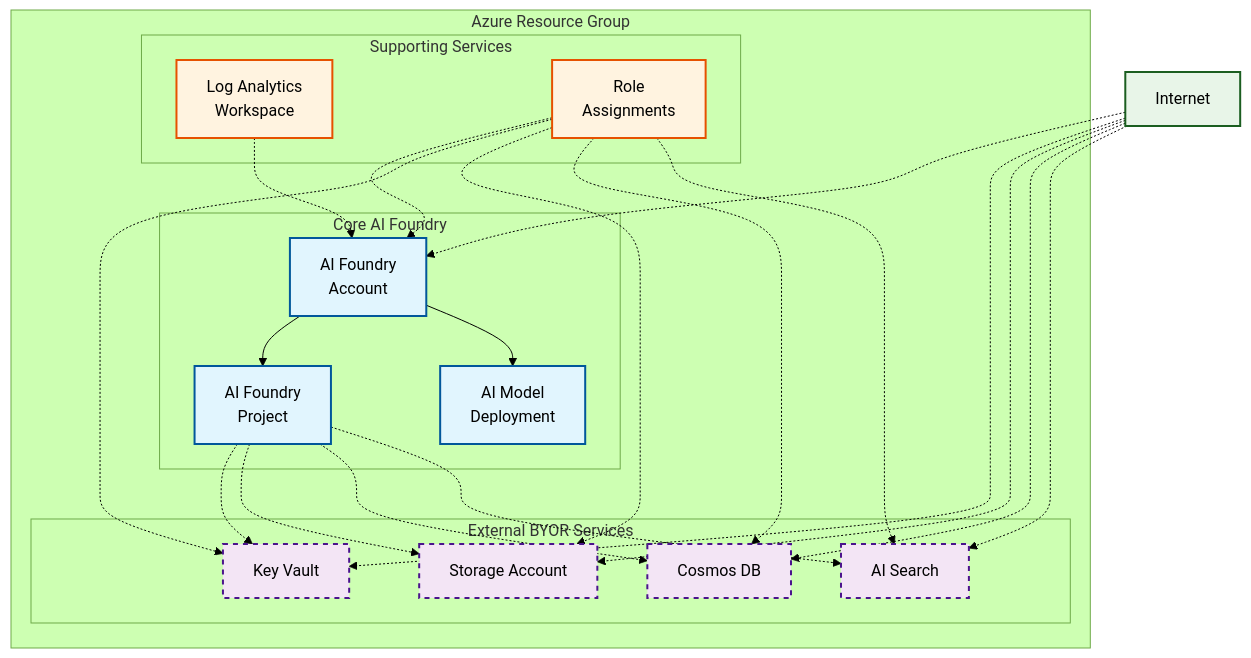
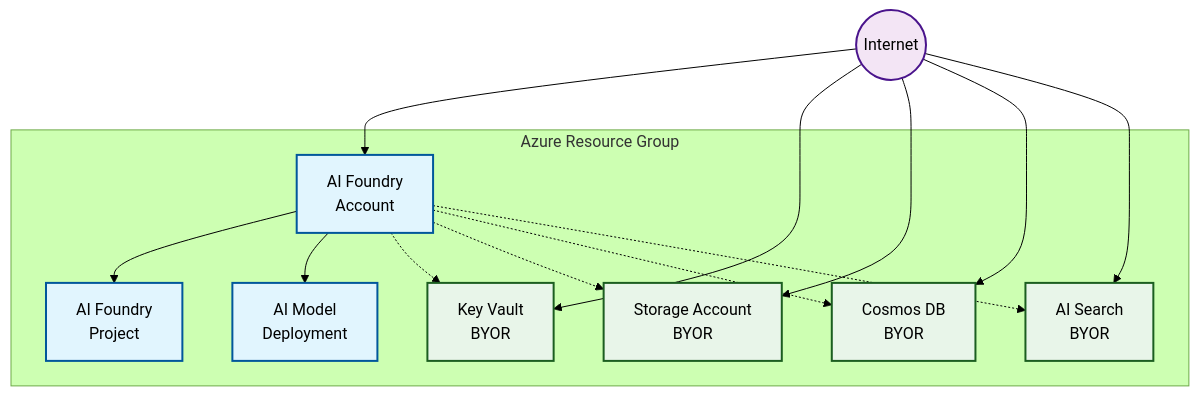
Before and after one commit to Azure/terraform-azurerm-avm-ptn-aiml-ai-foundry: the diagram in examples/public-byor/README.md, drawn with Mermaid (forest theme). The commit also changed other lines of this file and 27 other files, not shown here.

````diff
--- a/examples/public-byor/README.md
+++ b/examples/public-byor/README.md
@@ -11,55 +11,32 @@
 ```mermaid
 graph TB
     subgraph "Azure Resource Group"
-        subgraph "Core AI Foundry"
-            AF[AI Foundry<br/>Account]
-            AFP[AI Foundry<br/>Project]
-            AMD[AI Model<br/>Deployment]
-        end
-        
-        subgraph "External BYOR Services"
-            KV[Key Vault]
-            SA[Storage Account]
-            CDB[Cosmos DB]
-            AIS[AI Search]
-        end
-        
-        subgraph "Supporting Services"
-            LAW[Log Analytics<br/>Workspace]
-            RA[Role<br/>Assignments]
-        end
+        AF[AI Foundry<br/>Account]
+        AFP[AI Foundry<br/>Project]
+        AMD[AI Model<br/>Deployment]
+        KV[Key Vault<br/>BYOR]
+        ST[Storage Account<br/>BYOR]
+        CS[Cosmos DB<br/>BYOR]
+        AS[AI Search<br/>BYOR]
     end
-    
-    %% Core relationships
+
+    INTERNET((Internet)) --> AF
+    INTERNET --> KV
+    INTERNET --> ST
+    INTERNET --> CS
+    INTERNET --> AS
+
     AF --> AFP
     AF --> AMD
-    AFP -.-> KV
-    AFP -.-> SA
-    AFP -.-> CDB
-    AFP -.-> AIS
-    
-    %% Supporting relationships
-    LAW -.-> AF
-    RA -.-> AF
-    RA -.-> KV
-    RA -.-> SA
-    RA -.-> CDB
-    RA -.-> AIS
-    
-    %% Public access (no private endpoints)
-    INTERNET[Internet] -.-> AF
-    INTERNET -.-> KV
-    INTERNET -.-> SA
-    INTERNET -.-> CDB
-    INTERNET -.-> AIS
-    
+    AF -.-> KV
+    AF -.-> ST
+    AF -.-> CS
+    AF -.-> AS
+
     classDef required fill:#e1f5fe,stroke:#01579b,stroke-width:2px
-    classDef byor fill:#f3e5f5,stroke:#4a148c,stroke-width:2px,stroke-dasharray: 5 5
-    classDef support fill:#fff3e0,stroke:#e65100,stroke-width:2px
-    classDef access fill:#e8f5e8,stroke:#1b5e20,stroke-width:2px
-    
+    classDef byor fill:#e8f5e9,stroke:#1b5e20,stroke-width:2px
+    classDef external fill:#f3e5f5,stroke:#4a148c,stroke-width:2px
     class AF,AFP,AMD required
-    class KV,SA,CDB,AIS byor
-    class LAW,RA support
-    class INTERNET access
+    class KV,ST,CS,AS byor
+    class INTERNET external
 ```
````
